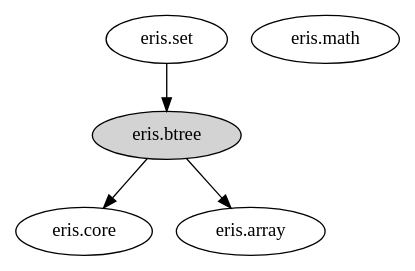
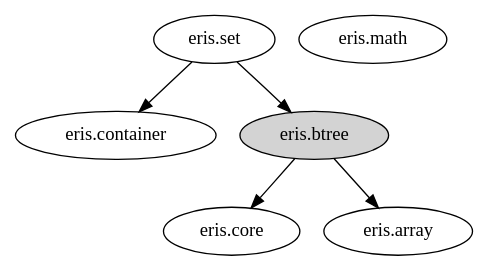
One commit to baioc/eris changed the diagram in deps.dot. Above: the diagram before and after it, drawn with Graphviz. The commit also changed 7 other files, not shown here.

```diff
--- a/deps.dot
+++ b/deps.dot
@@ -1,16 +1,19 @@
 strict digraph eris {
 	rankdir="TB";
 
 	core [label="eris.core"];
 
 	array [label="eris.array"];
 
 	math [label="eris.math"];
 
+	container [label="eris.container"];
+
 	btree [label="eris.btree", style="filled", fillcolor="lightgray"];
 	btree -> core;
 	btree -> array;
 
 	set [label="eris.set"];
+	set -> container;
 	set -> btree;
 }
```
